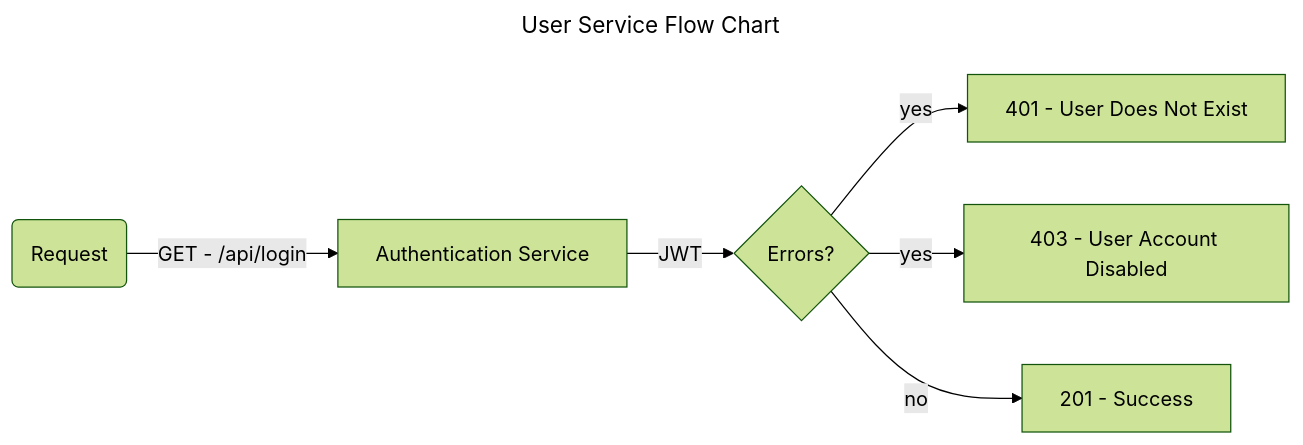
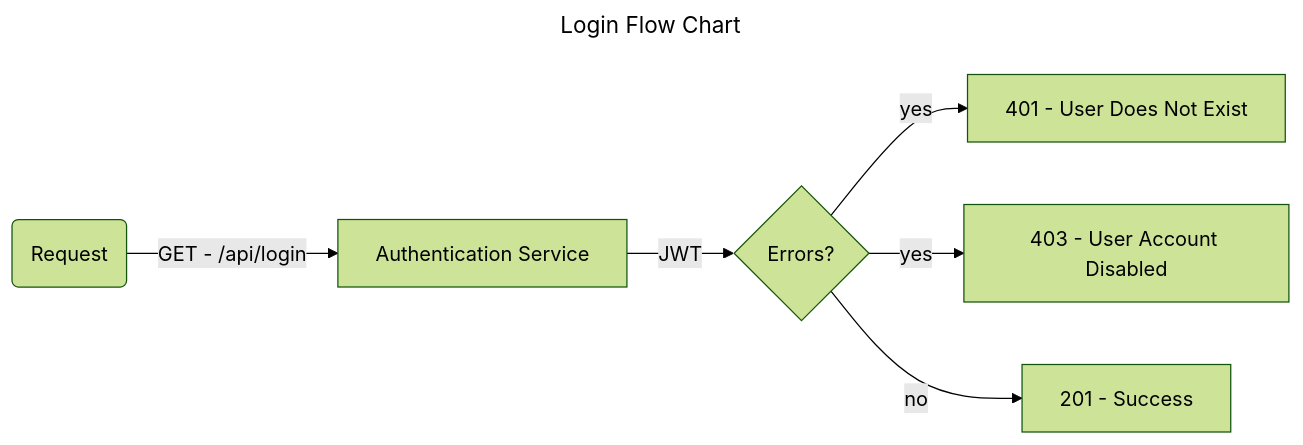
One commit to darrylmorton/ct-iot-user-service-k8s changed the first of 4 diagrams in docs/DIAGRAMS.md. Above: the diagram before and after it, drawn with Mermaid (forest theme). The commit also changed other lines of this file, not shown here.

Commit message:
Update DIAGRAMS.md (#26)

````diff
--- a/docs/DIAGRAMS.md
+++ b/docs/DIAGRAMS.md
@@ -1,12 +1,12 @@
 ```mermaid
 ---
-title: User Service Flow Chart
+title: Login Flow Chart
 ---
 
 flowchart LR
     HttpRequest(Request) -->|GET - /api/login| AuthenticationService[Authentication Service]
     AuthenticationService -->|JWT| Errors{Errors?}
     Errors -->|yes| UserDoesNotExistResponse[401 - User Does Not Exist]
     Errors -->|yes| UserAccountDisabledResponse[403 - User Account Disabled]
     Errors -->|no| SuccessResponse[201 - Success]
 ```
````
